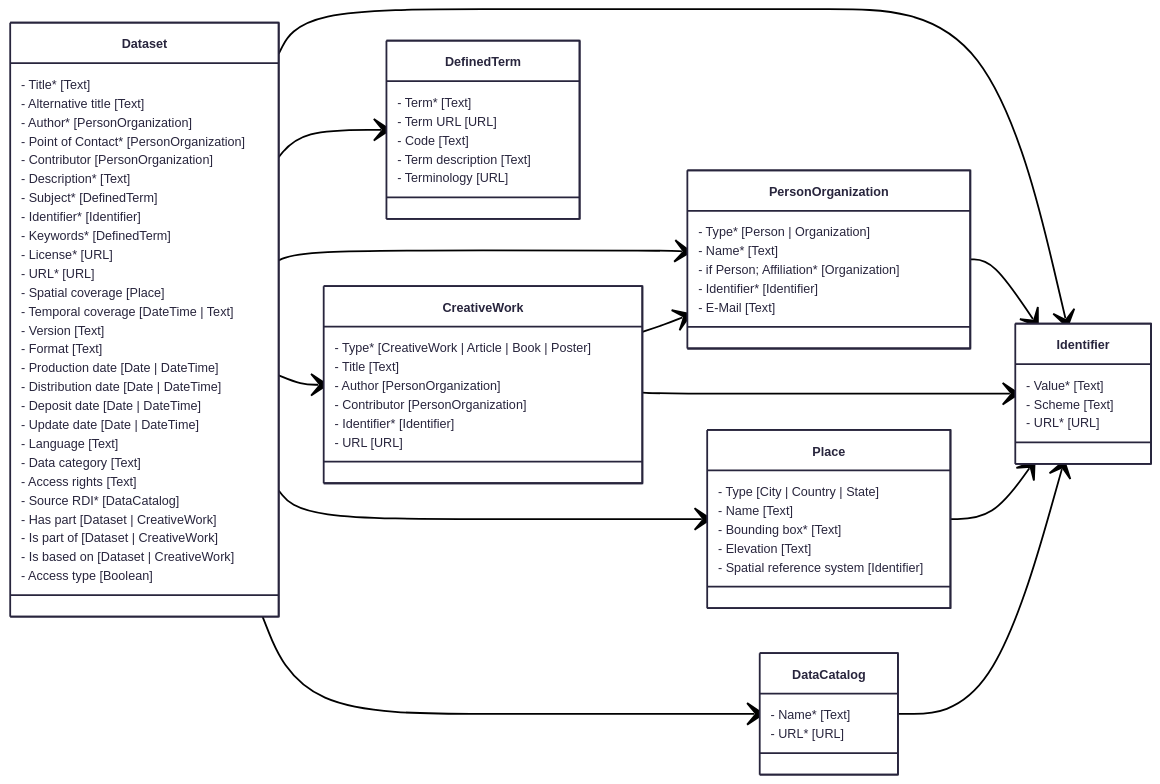
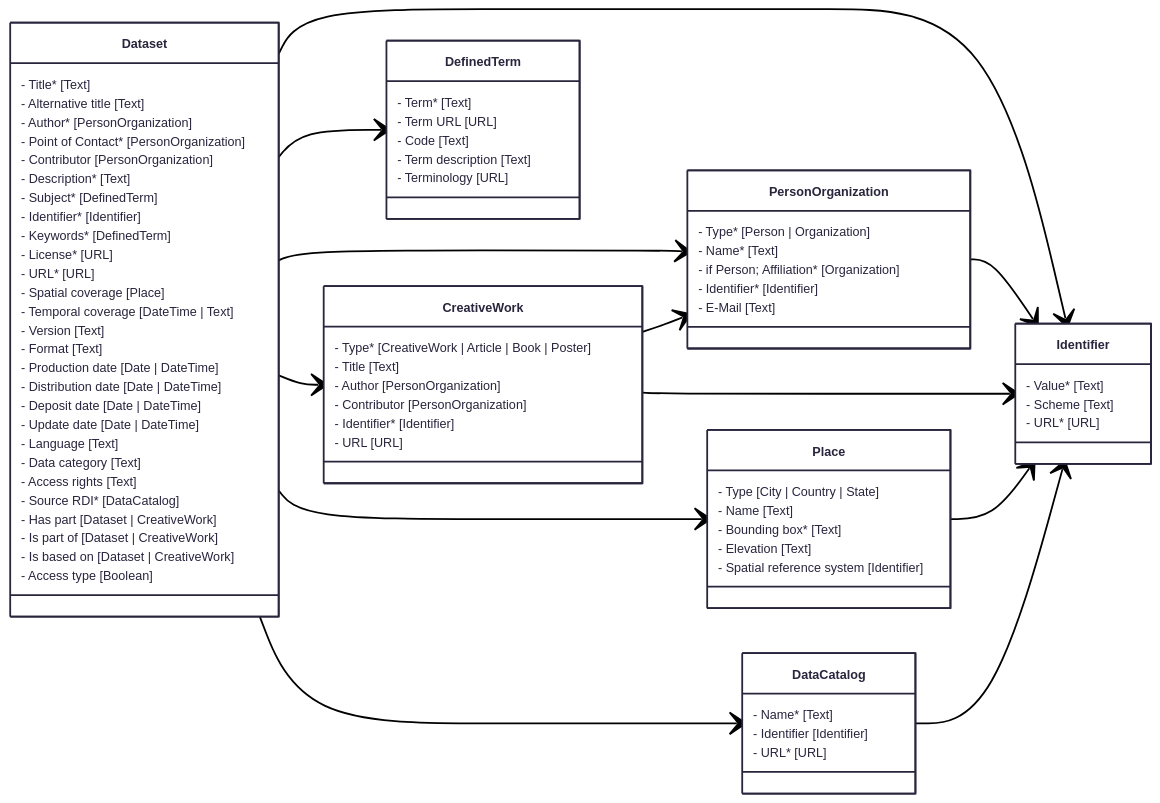
Before and after one commit to fairagro/core-metadata-specification: the diagram in figures/core_schema_diagram.md, drawn with Mermaid.

Commit message:
added identifier property to DataCatalog class

```diff
--- a/figures/core_schema_diagram.md
+++ b/figures/core_schema_diagram.md
@@ -47,6 +47,7 @@
 
     class DataCatalog {
 	    - Name* [Text]
+		- Identifier [Identifier]
 	    - URL* [URL]
     }
 
@@ -63,7 +64,7 @@
 	    - License* [URL]
 	    - URL* [URL]
 	    - Spatial coverage [Place]
-			- Temporal coverage [DateTime | Text]
+		- Temporal coverage [DateTime | Text]
 	    - Version [Text]
 	    - Format [Text]
 	    - Production date [Date | DateTime]
```
